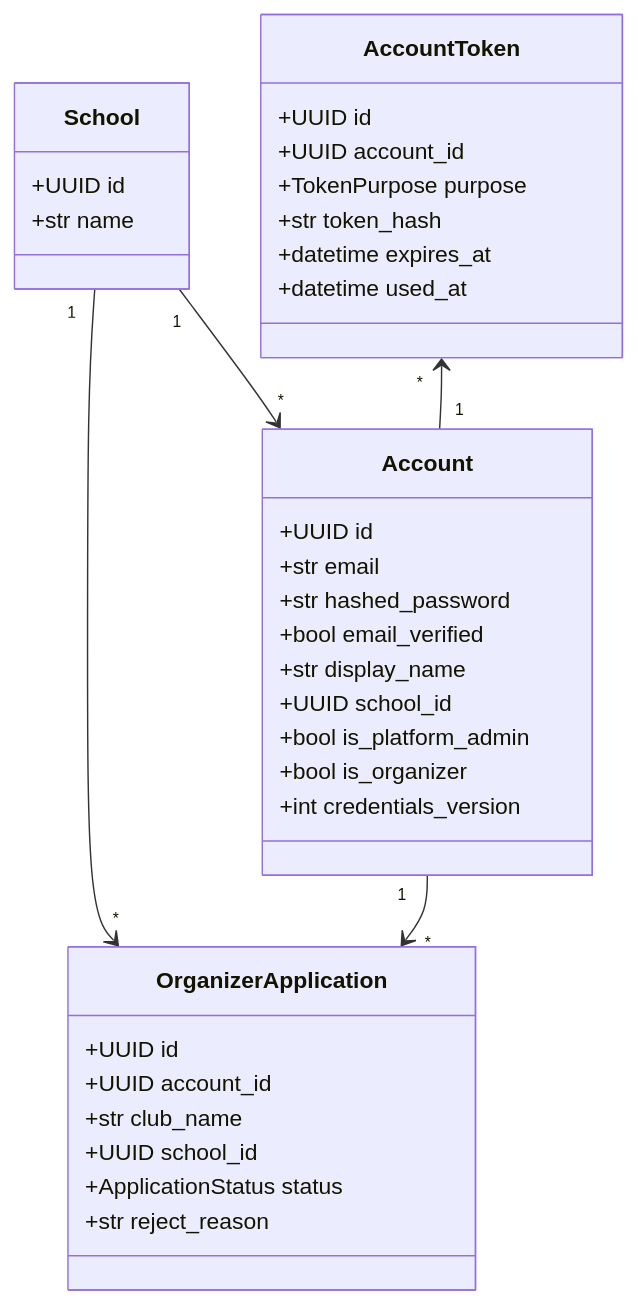
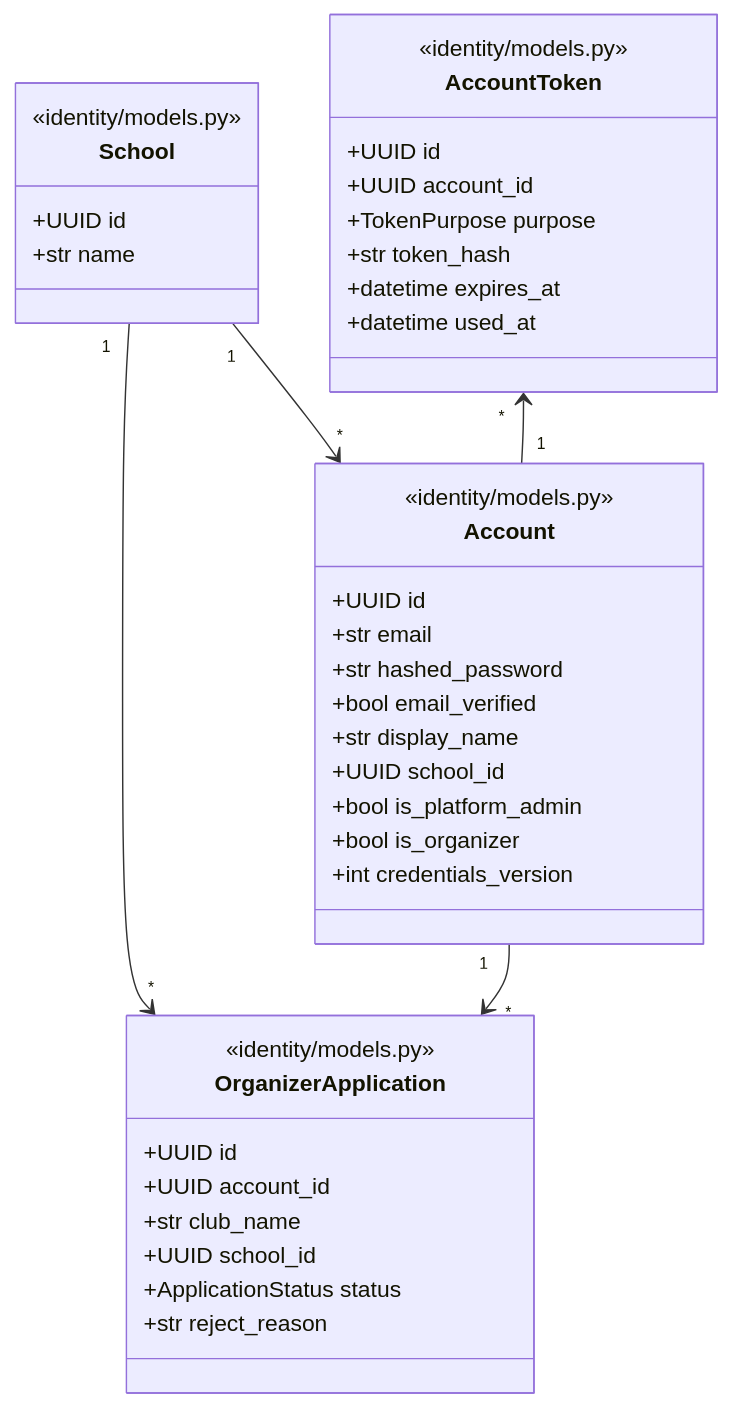
One commit to Team14good/esport-platform changed the fourth of 15 diagrams in docs/midterm/D-物件設計文件.md. Above: the diagram before and after it, drawn with Mermaid. The commit also changed other lines of this file and 27 other files, not shown here.

First line of the commit message:
docs: B、C、D 其餘的圖全部對照程式標註

````diff
--- a/docs/midterm/D-物件設計文件.md
+++ b/docs/midterm/D-物件設計文件.md
@@ -161,38 +170,42 @@
 ```mermaid
 classDiagram
   class Account {
+    <<identity/models.py>>
     +UUID id
     +str email
     +str hashed_password
     +bool email_verified
     +str display_name
     +UUID school_id
     +bool is_platform_admin
     +bool is_organizer
     +int credentials_version
   }
   class School {
+    <<identity/models.py>>
     +UUID id
     +str name
   }
   class AccountToken {
+    <<identity/models.py>>
     +UUID id
     +UUID account_id
     +TokenPurpose purpose
     +str token_hash
     +datetime expires_at
     +datetime used_at
   }
   class OrganizerApplication {
+    <<identity/models.py>>
     +UUID id
     +UUID account_id
     +str club_name
     +UUID school_id
     +ApplicationStatus status
     +str reject_reason
   }
   School "1" --> "*" Account
   School "1" --> "*" OrganizerApplication
   Account "1" --> "*" OrganizerApplication
   AccountToken "*" <-- "1" Account
 ```
````
